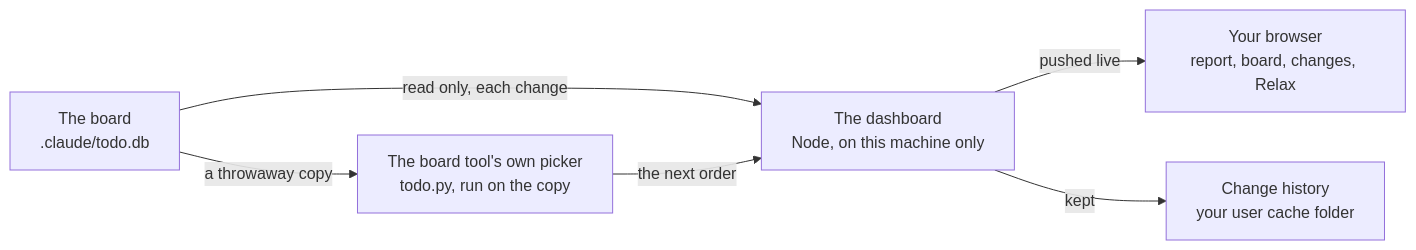
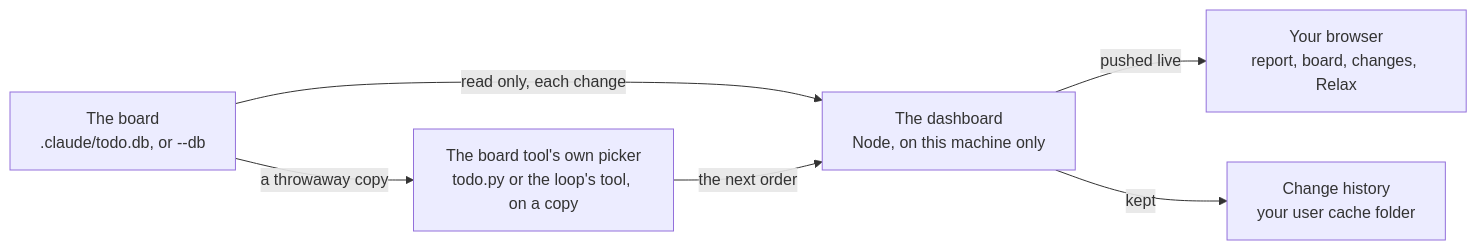
Before and after one commit to sijav/Sijav-Skills: the seventh of 7 diagrams in README.md, drawn with Mermaid. The commit also changed other lines of this file and 1 other file, not shown here.

Commit message:
Site and README: the dashboard reads loop boards and folds long text

````diff
--- a/README.md
+++ b/README.md
@@ -442,8 +442,8 @@
 ```mermaid
 flowchart LR
-  B["The board<br/>.claude/todo.db"] -->|read only, each change| D["The dashboard<br/>Node, on this machine only"]
+  B["The board<br/>.claude/todo.db, or --db"] -->|read only, each change| D["The dashboard<br/>Node, on this machine only"]
   D -->|pushed live| W["Your browser<br/>report, board, changes, Relax"]
-  B -->|a throwaway copy| P["The board tool's own picker<br/>todo.py, run on the copy"]
+  B -->|a throwaway copy| P["The board tool's own picker<br/>todo.py or the loop's tool, on a copy"]
   P -->|the next order| D
   D -->|kept| H["Change history<br/>your user cache folder"]
 ```
````
